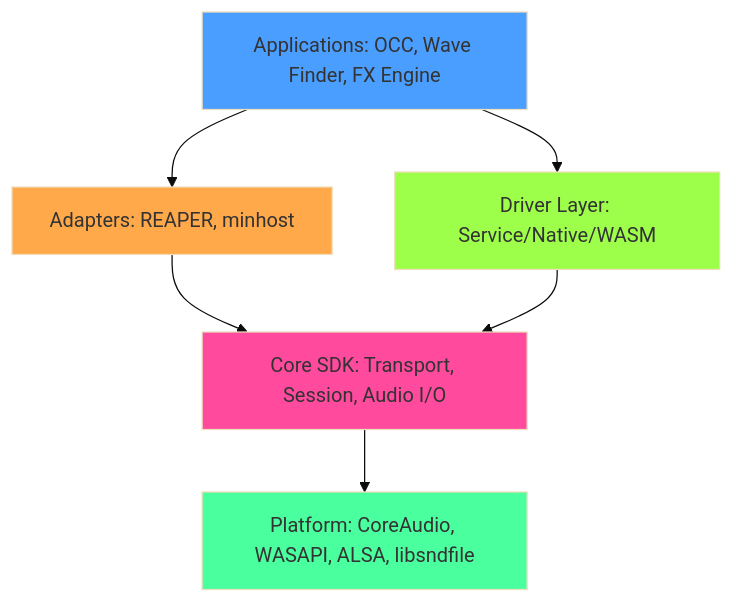
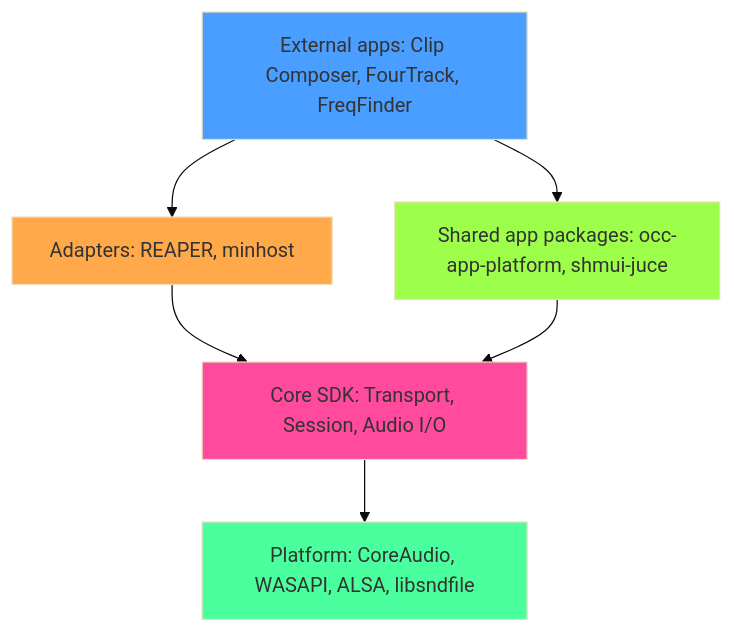
Before and after one commit to chrislyons/orpheus-sdk: the diagram in ARCHITECTURE.md, drawn with Mermaid (base theme). The commit also changed other lines of this file and 8 other files, not shown here.

````diff
--- a/ARCHITECTURE.md
+++ b/ARCHITECTURE.md
@@ -51,14 +50,14 @@
 ```mermaid
 graph TD
-    A[Applications: OCC, Wave Finder, FX Engine] --> B[Adapters: REAPER, minhost]
-    A --> C[Driver Layer: Service/Native/WASM]
+    A[External apps: Clip Composer, FourTrack, FreqFinder] --> B[Adapters: REAPER, minhost]
+    A --> C[Shared app packages: occ-app-platform, shmui-juce]
     B --> D[Core SDK: Transport, Session, Audio I/O]
     C --> D
     D --> E[Platform: CoreAudio, WASAPI, ALSA, libsndfile]
 
     style A fill:#4a9eff
     style B fill:#ffa94a
     style C fill:#9eff4a
     style D fill:#ff4a9e
     style E fill:#4aff9e
 ```
````
